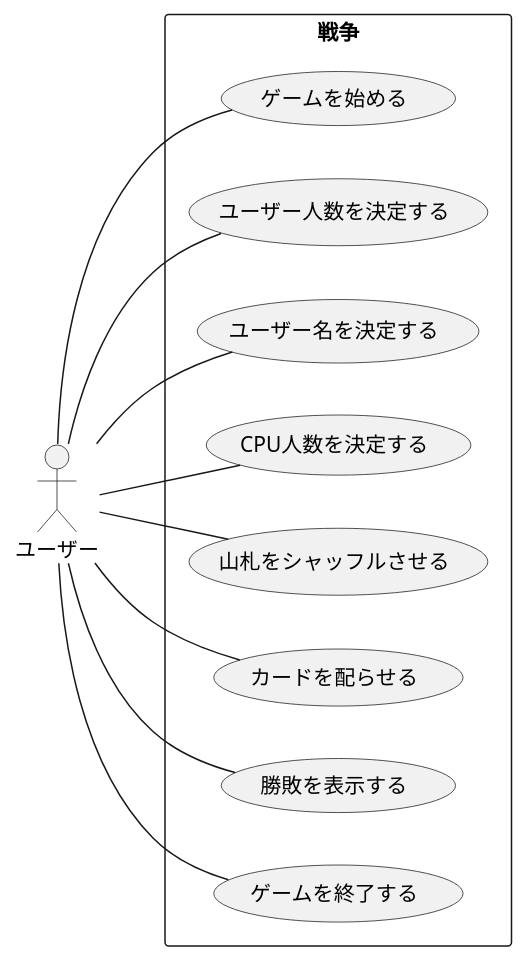
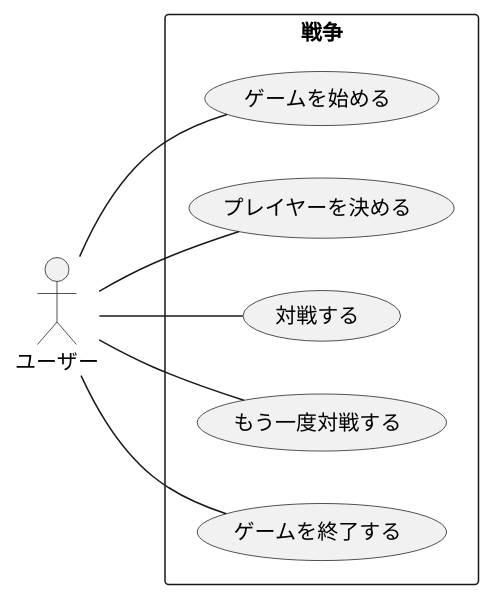
One commit to hachimitu22/study changed the diagram in uml/CardGame/doc/design/usecase.md. Above: the diagram before and after it, drawn with PlantUML. The commit also changed other lines of this file and 1 other file, not shown here.

````diff
--- a/uml/CardGame/doc/design/usecase.md
+++ b/uml/CardGame/doc/design/usecase.md
@@ -3,17 +3,14 @@
 ```plantuml
 @startuml
 left to right direction
 actor ユーザー
 
 rectangle 戦争 {
   ユーザー -- (ゲームを始める)
-  ユーザー -- (ユーザー人数を決定する)
-  ユーザー -- (ユーザー名を決定する)
-  ユーザー -- (CPU人数を決定する)
-  ユーザー -- (山札をシャッフルさせる)
-  ユーザー -- (カードを配らせる)
-  ユーザー -- (勝敗を表示する)
+  ユーザー -- (プレイヤーを決める)
+  ユーザー -- (対戦する)
+  ユーザー -- (もう一度対戦する)
   ユーザー -- (ゲームを終了する)
 }
 @enduml
 ```
````
